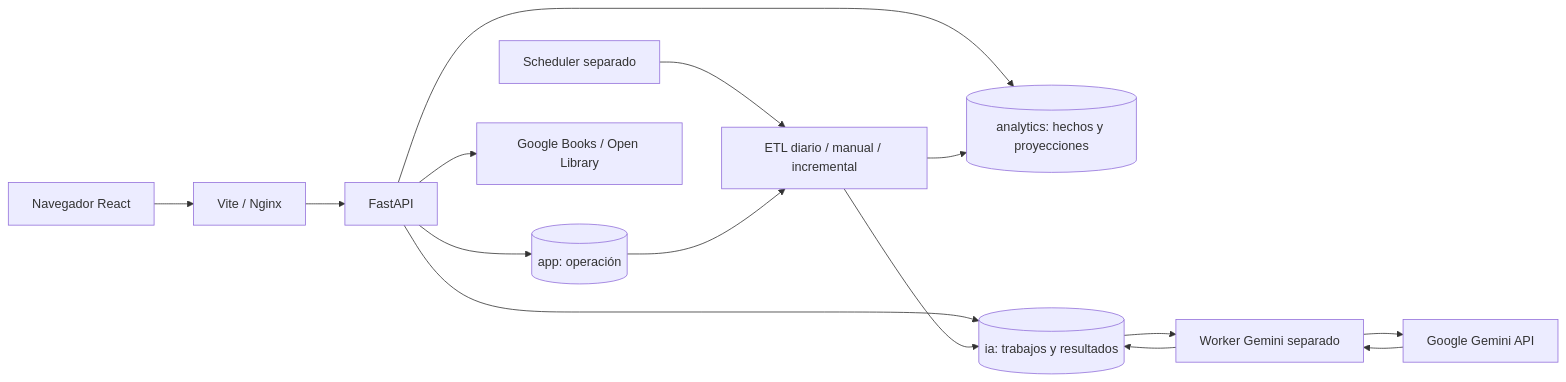
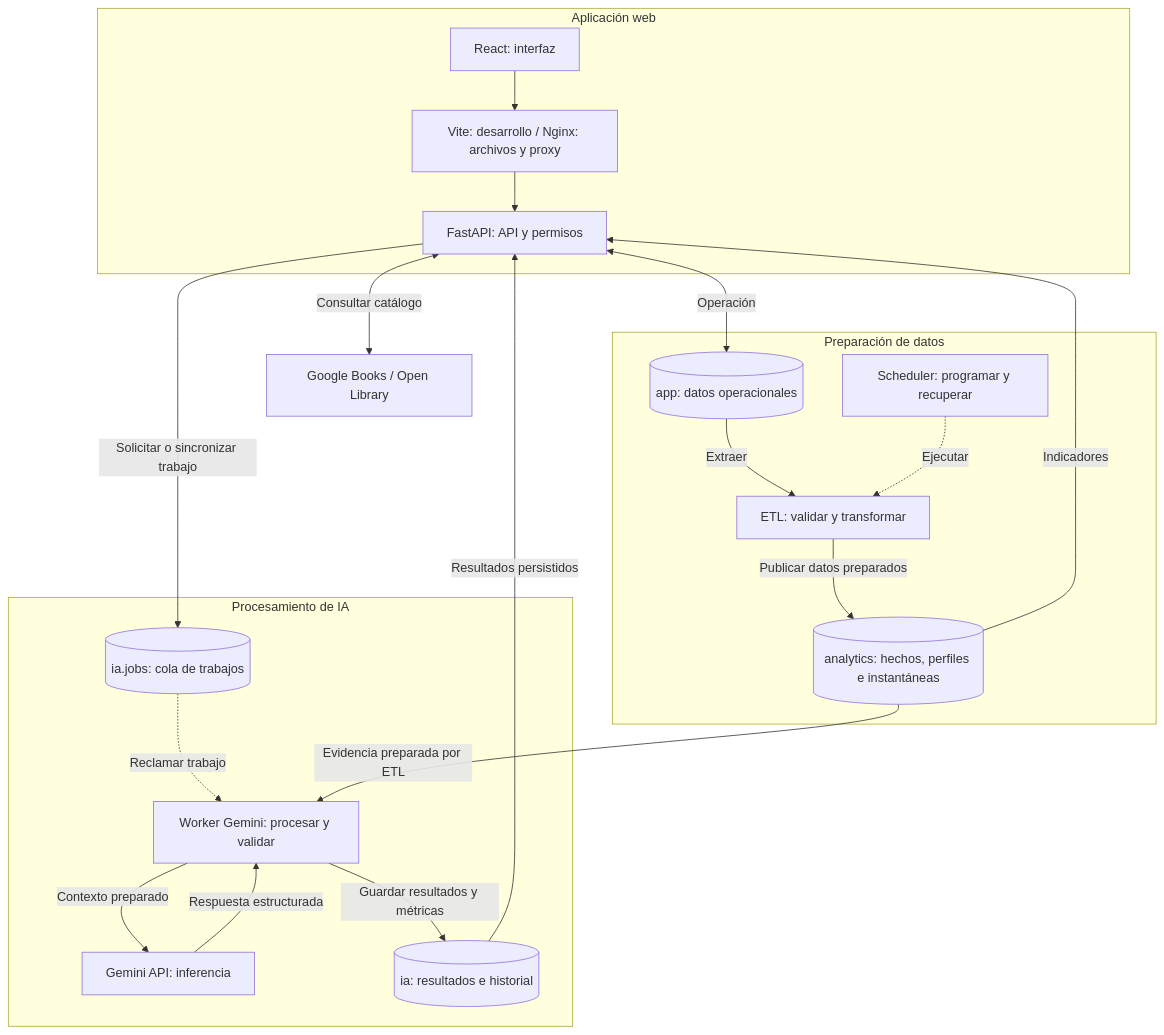
One commit to nmarchantp/LibrIA changed the diagram in README.md. Above: the diagram before and after it, drawn with Mermaid. The commit also changed other lines of this file, not shown here.

````diff
--- a/README.md
+++ b/README.md
@@ -42,17 +51,27 @@
 ```mermaid
-flowchart LR
-    U[Navegador React] --> W[Vite / Nginx]
-    W --> A[FastAPI]
-    A --> APP[(app: operación)]
-    A --> AN[(analytics: hechos y proyecciones)]
-    A --> IA[(ia: trabajos y resultados)]
-    S[Scheduler separado] --> E[ETL diario / manual / incremental]
-    APP --> E
-    E --> AN
-    E --> IA
-    IA --> G[Worker Gemini separado]
-    G --> API[Google Gemini API]
-    API --> G
-    G --> IA
-    A --> C[Google Books / Open Library]
+flowchart TB
+    subgraph WEB[Aplicación web]
+        U[React: interfaz] --> W[Vite: desarrollo / Nginx: archivos y proxy]
+        W --> A[FastAPI: API y permisos]
+    end
+
+    subgraph DATA[Preparación de datos]
+        APP[(app: datos operacionales)] -->|Extraer| E[ETL: validar y transformar]
+        S[Scheduler: programar y recuperar] -.->|Ejecutar| E
+        E -->|Publicar datos preparados| AN[(analytics: hechos, perfiles e instantáneas)]
+    end
+
+    subgraph AI[Procesamiento de IA]
+        J[(ia.jobs: cola de trabajos)] -.->|Reclamar trabajo| G[Worker Gemini: procesar y validar]
+        G -->|Contexto preparado| API[Gemini API: inferencia]
+        API -->|Respuesta estructurada| G
+        G -->|Guardar resultados y métricas| R[(ia: resultados e historial)]
+    end
+
+    A <-->|Operación| APP
+    A -->|Solicitar o sincronizar trabajo| J
+    AN -->|Evidencia preparada por ETL| G
+    AN -->|Indicadores| A
+    R -->|Resultados persistidos| A
+    A <-->|Consultar catálogo| C[Google Books / Open Library]
 ```
````
